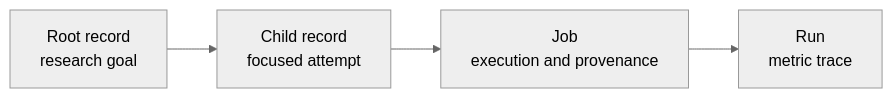
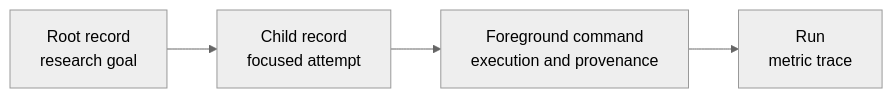
One commit to SwissDataScienceCenter/hiraku changed the diagram in docs/index.md. Above: the diagram before and after it, drawn with Mermaid (neutral theme). The commit also changed other lines of this file and 51 other files, not shown here.

Commit message:
refactor: run commands in foreground

````diff
--- a/docs/index.md
+++ b/docs/index.md
@@ -63,4 +63,4 @@
 ```mermaid
 flowchart LR
-    T[Root record<br/>research goal] --> E[Child record<br/>focused attempt] --> J[Job<br/>execution and provenance] --> R[Run<br/>metric trace]
+    T[Root record<br/>research goal] --> E[Child record<br/>focused attempt] --> C[Foreground command<br/>execution and provenance] --> R[Run<br/>metric trace]
 ```
````
